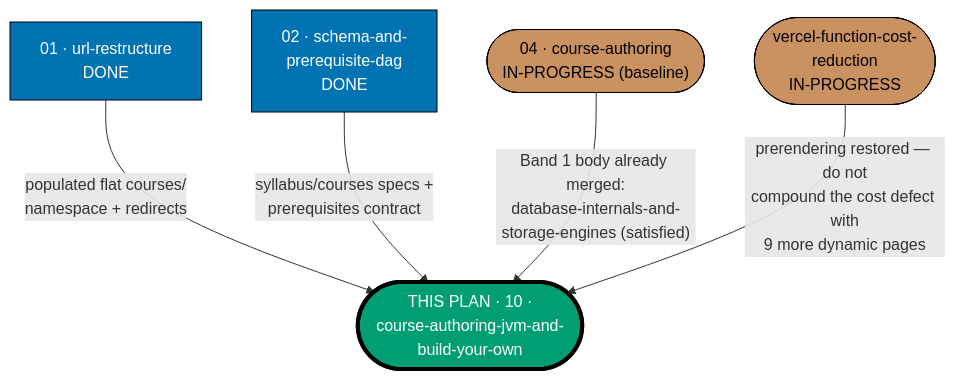
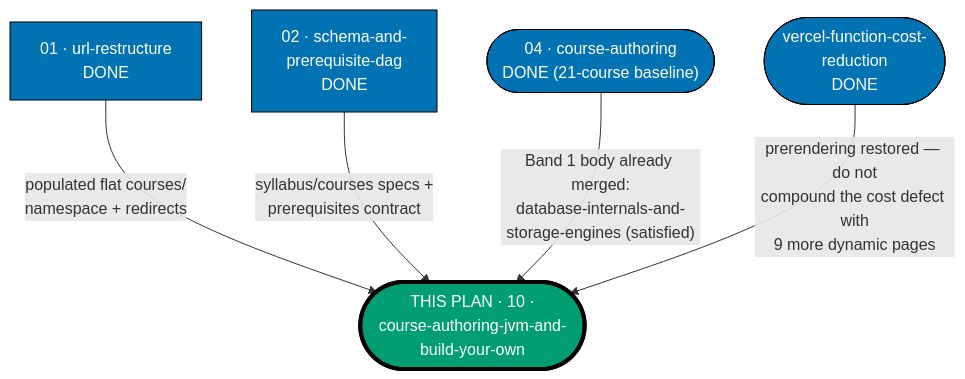
One commit to wahidyankf/open-sharia-fintech changed the first of 2 diagrams in plans/backlog/ayokoding-learning-path-10-course-authoring-jvm-and-build-your-own/README.md. Above: the diagram before and after it, drawn with Mermaid. The commit also changed 11 other files, not shown here.

````diff
--- a/plans/backlog/ayokoding-learning-path-10-course-authoring-jvm-and-build-your-own/README.md
+++ b/plans/backlog/ayokoding-learning-path-10-course-authoring-jvm-and-build-your-own/README.md
@@ -85,21 +85,20 @@
 ```mermaid
 %% Upstream half of the dependency picture for this plan (ayokoding-learning-path-10): the four
 %% blocking edges that must be merged before Phase 0 completes.
 %% Node SHAPE encodes plan state: rectangle = done/merged, stadium = in-progress, hexagon = backlog.
 %% THIS plan carries a doubled/thick border. Edge LABEL states what artefact or fact crosses the edge.
 flowchart TD
     P01["01 · url-restructure<br/>DONE"]:::done
     P02["02 · schema-and-<br/>prerequisite-dag<br/>DONE"]:::done
-    P04(["04 · course-authoring<br/>IN-PROGRESS (baseline)"]):::inprogress
-    VCR(["vercel-function-cost-<br/>reduction<br/>IN-PROGRESS"]):::inprogress
+    P04(["04 · course-authoring<br/>DONE (21-course baseline)"]):::done
+    VCR(["vercel-function-cost-<br/>reduction<br/>DONE"]):::done
     THIS(["THIS PLAN · 10 ·<br/>course-authoring-jvm-and-<br/>build-your-own"]):::this
 
     P01 -->|"populated flat courses/<br/>namespace + redirects"| THIS
     P02 -->|"syllabus/courses specs +<br/>prerequisites contract"| THIS
     P04 -->|"Band 1 body already merged:<br/>database-internals-and-<br/>storage-engines (satisfied)"| THIS
     VCR -->|"prerendering restored — do not<br/>compound the cost defect with<br/>9 more dynamic pages"| THIS
 
     classDef done fill:#0173B2,stroke:#000000,color:#FFFFFF
-    classDef inprogress fill:#CA9161,stroke:#000000,color:#000000
     classDef this fill:#029E73,stroke:#000000,color:#FFFFFF,stroke-width:4px
 ```
````
